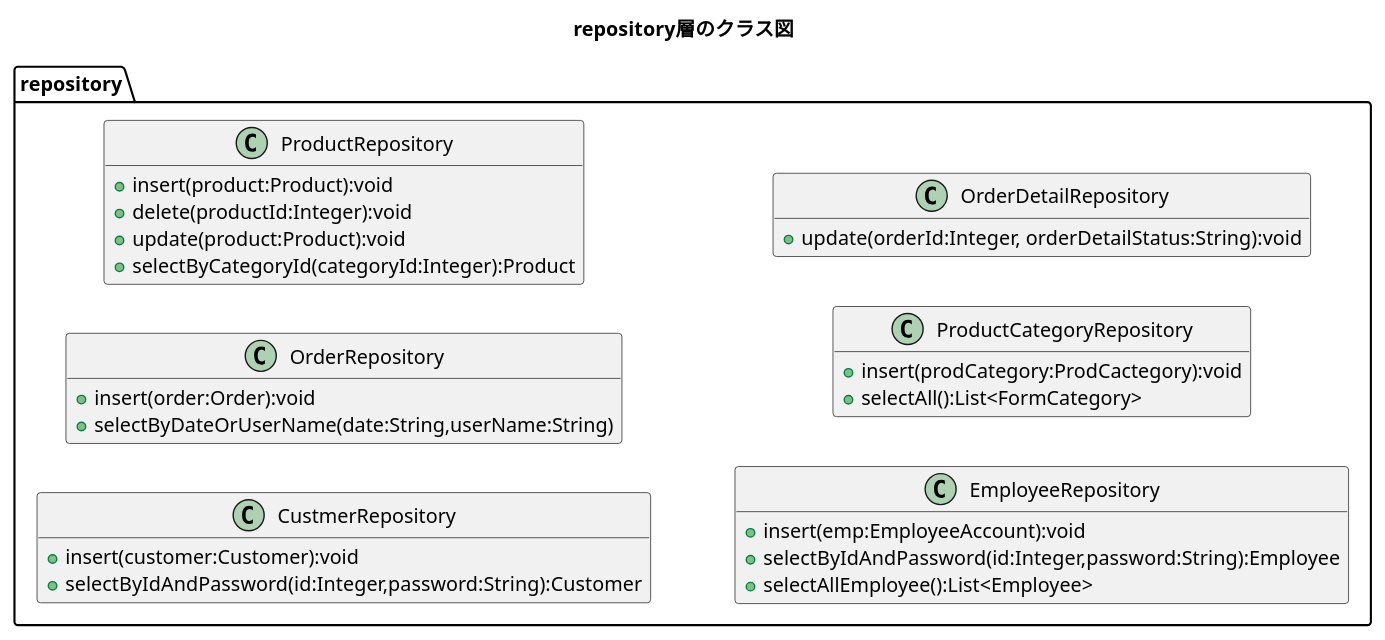
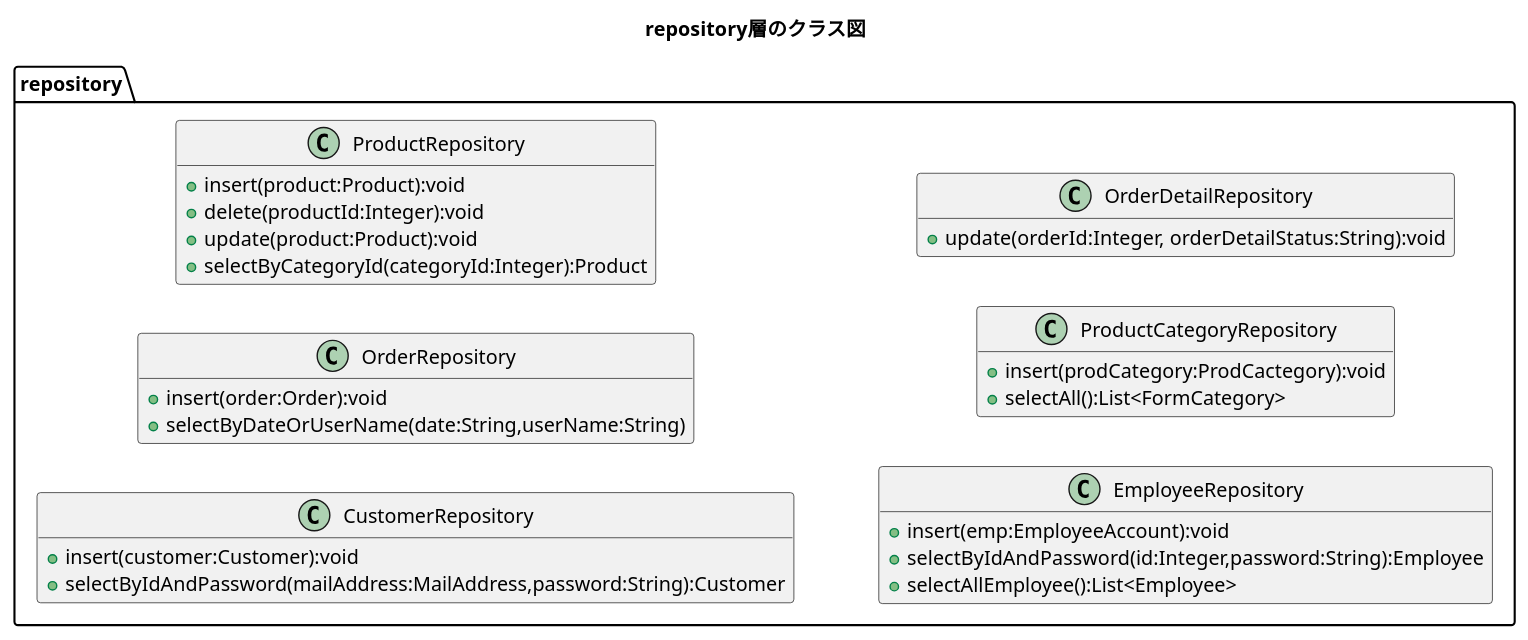
The diagram in plan/uml/class/repository.plantuml (kanavii3333/ec-b), drawn with PlantUML before and after one commit. The commit also changed 1 other file, not shown here.

Commit message:
CustomerRepositoryのテスト仕様書完成、repository.plantumlの修正

```diff
--- a/plan/uml/class/repository.plantuml
+++ b/plan/uml/class/repository.plantuml
@@ -1,39 +1,39 @@
 @startuml
 title repository層のクラス図
 hide empty members
 left to right direction
 
 package repository{
-    class CustmerRepository{
+    class CustomerRepository{
         +insert(customer:Customer):void
-        +selectByIdAndPassword(id:Integer,password:String):Customer
+        +selectByIdAndPassword(mailAddress:MailAddress,password:String):Customer
     }
 
     class OrderRepository{
         +insert(order:Order):void
         +selectByDateOrUserName(date:String,userName:String)
     }
 
     class ProductRepository{
         +insert(product:Product):void
         +delete(productId:Integer):void
         +update(product:Product):void
         +selectByCategoryId(categoryId:Integer):Product
     }
 
     class EmployeeRepository{
         +insert(emp:EmployeeAccount):void
         +selectByIdAndPassword(id:Integer,password:String):Employee
         +selectAllEmployee():List<Employee>
     }
 
     class ProductCategoryRepository{
         +insert(prodCategory:ProdCactegory):void
         +selectAll():List<FormCategory>
     }
 
     class OrderDetailRepository{
         +update(orderId:Integer, orderDetailStatus:String):void
     }
 }
 @enduml
```
